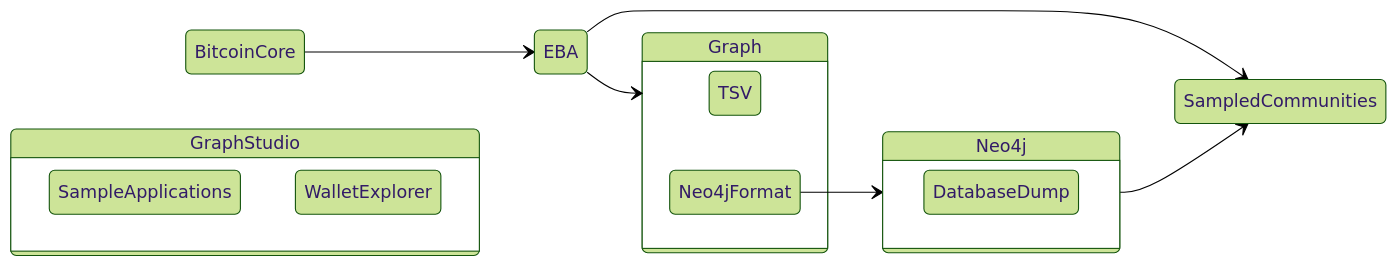
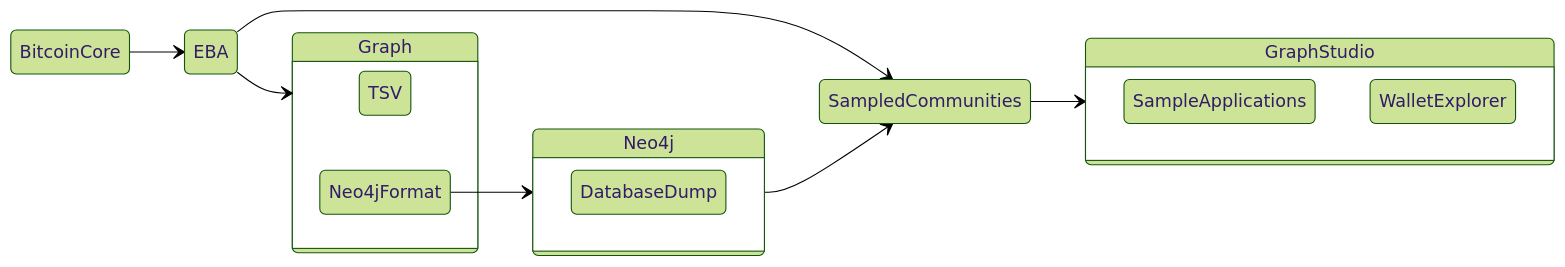
One commit to VJalili/MSPC changed the first of 2 diagrams in README.md. Above: the diagram before and after it, drawn with Mermaid (forest theme). The commit also changed other lines of this file, not shown here.

````diff
--- a/README.md
+++ b/README.md
@@ -1,22 +1,28 @@
 ```mermaid
 stateDiagram-v2
     direction LR
     BitcoinCore --> EBA
     state Graph {
+        direction TB
         TSV
         Neo4jFormat
     }
     EBA --> Graph
     state Neo4j {
-      direction LR
+      direction TB
       DatabaseDump
     }
     Neo4jFormat --> Neo4j
     Neo4j --> SampledCommunities
     EBA --> SampledCommunities
     state GraphStudio {
+        direction TB
         SampleApplications
         WalletExplorer
     }
+
+    SampledCommunities --> GraphStudio
+
+    click EBA "#opt1" "Go to Pre-built Model Section"
     
 ```
````
